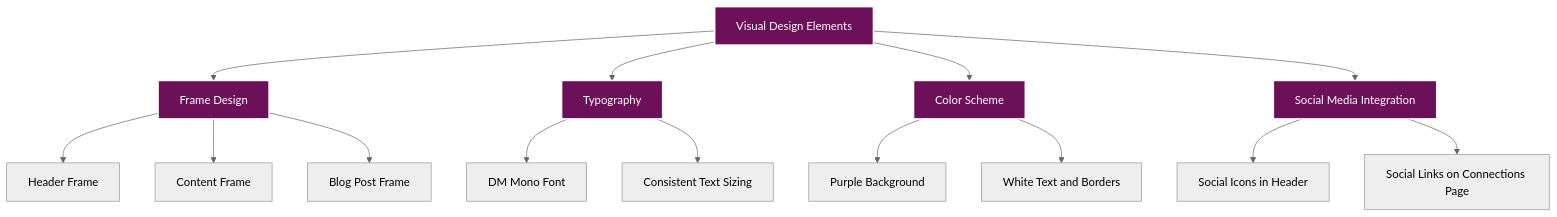
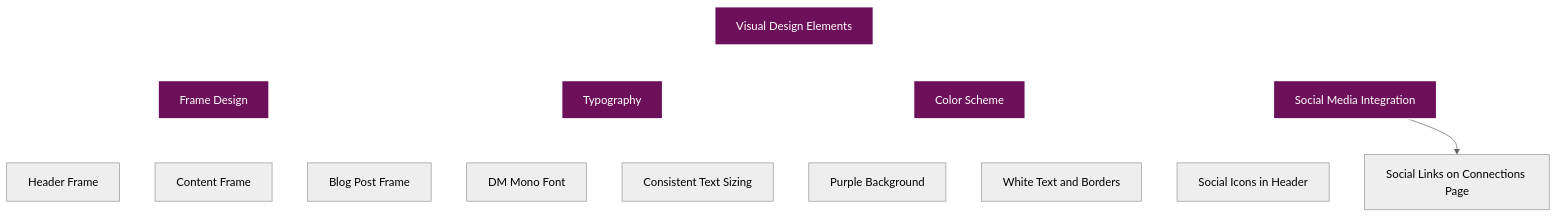
The third of 7 diagrams in MIGRATION_DOCUMENTATION.md (radicalkjax/blog), drawn with Mermaid (neutral theme) before and after one commit. The commit also changed other lines of this file, not shown here.

````diff
--- a/MIGRATION_DOCUMENTATION.md
+++ b/MIGRATION_DOCUMENTATION.md
@@ -99,26 +106,28 @@
 ```mermaid
 graph TD
     A[Visual Design Elements] --> B[Frame Design]
     A --> C[Typography]
     A --> D[Color Scheme]
     A --> E[Social Media Integration]
     
     B --> B1[Header Frame]
     B --> B2[Content Frame]
     B --> B3[Blog Post Frame]
     
     C --> C1[DM Mono Font]
     C --> C2[Consistent Text Sizing]
     
     D --> D1[Purple Background]
     D --> D2[White Text and Borders]
     
     E --> E1[Social Icons in Header]
     E --> E2[Social Links on Connections Page]
     
     style A fill:#6d105a,stroke:#fff,stroke-width:2px,color:#fff
     style B fill:#6d105a,stroke:#fff,stroke-width:2px,color:#fff
     style C fill:#6d105a,stroke:#fff,stroke-width:2px,color:#fff
     style D fill:#6d105a,stroke:#fff,stroke-width:2px,color:#fff
     style E fill:#6d105a,stroke:#fff,stroke-width:2px,color:#fff
+    
+    linkStyle 0,1,2,3,4,5,6,7,8,9,10,11 stroke:#fff,stroke-width:2px;
 ```
````
